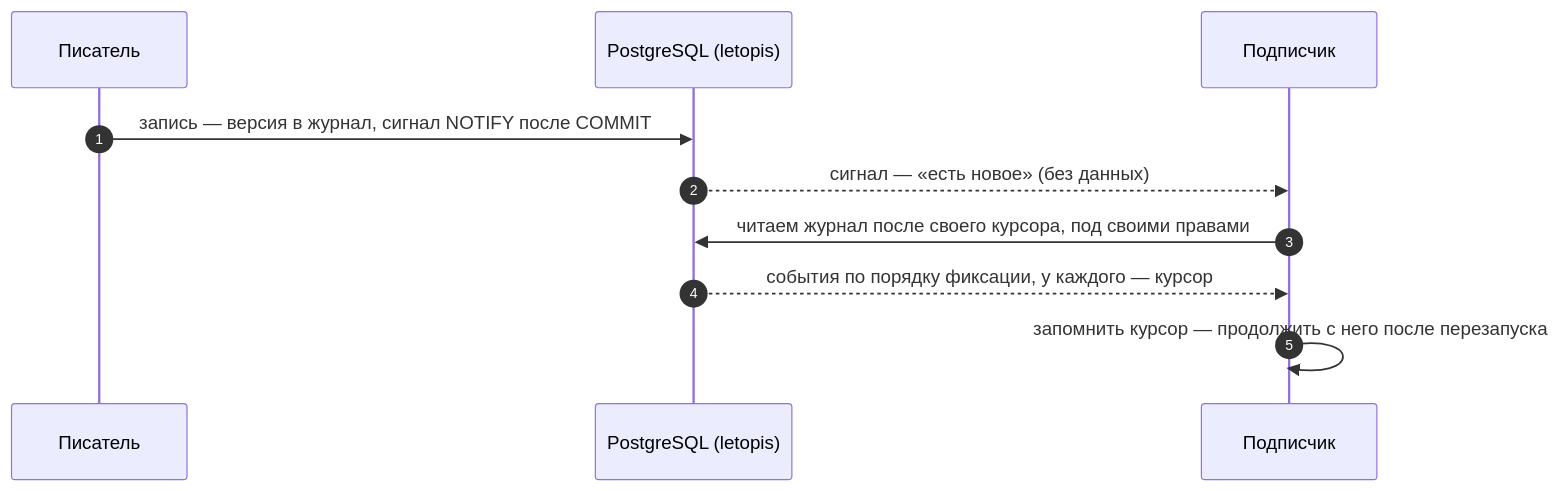
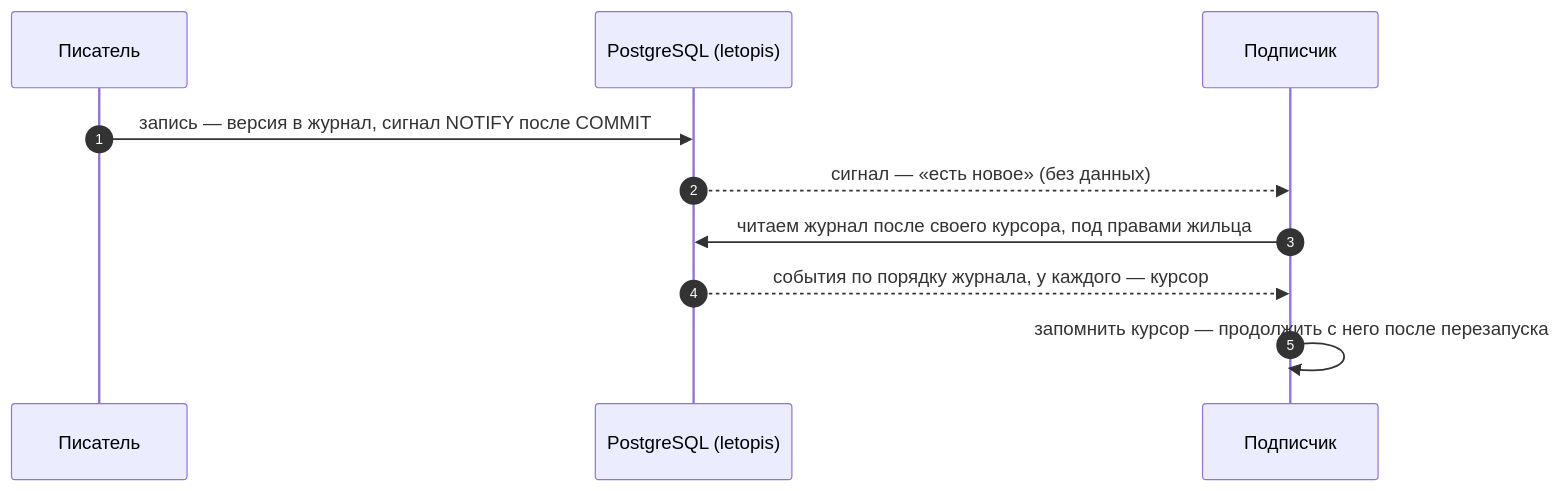
Before and after one commit to alepri51/letopis: the first of 3 diagrams in guide/pages/watch/index.md, drawn with Mermaid. The commit also changed other lines of this file and 86 other files, not shown here.

````diff
--- a/guide/pages/watch/index.md
+++ b/guide/pages/watch/index.md
@@ -15,12 +17,12 @@
 ```mermaid
 sequenceDiagram
   autonumber
   participant W as Писатель
   participant DB as PostgreSQL (letopis)
   participant S as Подписчик
   W->>DB: запись — версия в журнал, сигнал NOTIFY после COMMIT
   DB-->>S: сигнал — «есть новое» (без данных)
-  S->>DB: читаем журнал после своего курсора, под своими правами
-  DB-->>S: события по порядку фиксации, у каждого — курсор
+  S->>DB: читаем журнал после своего курсора, под правами жильца
+  DB-->>S: события по порядку журнала, у каждого — курсор
   S->>S: запомнить курсор — продолжить с него после перезапуска
 ```
````
